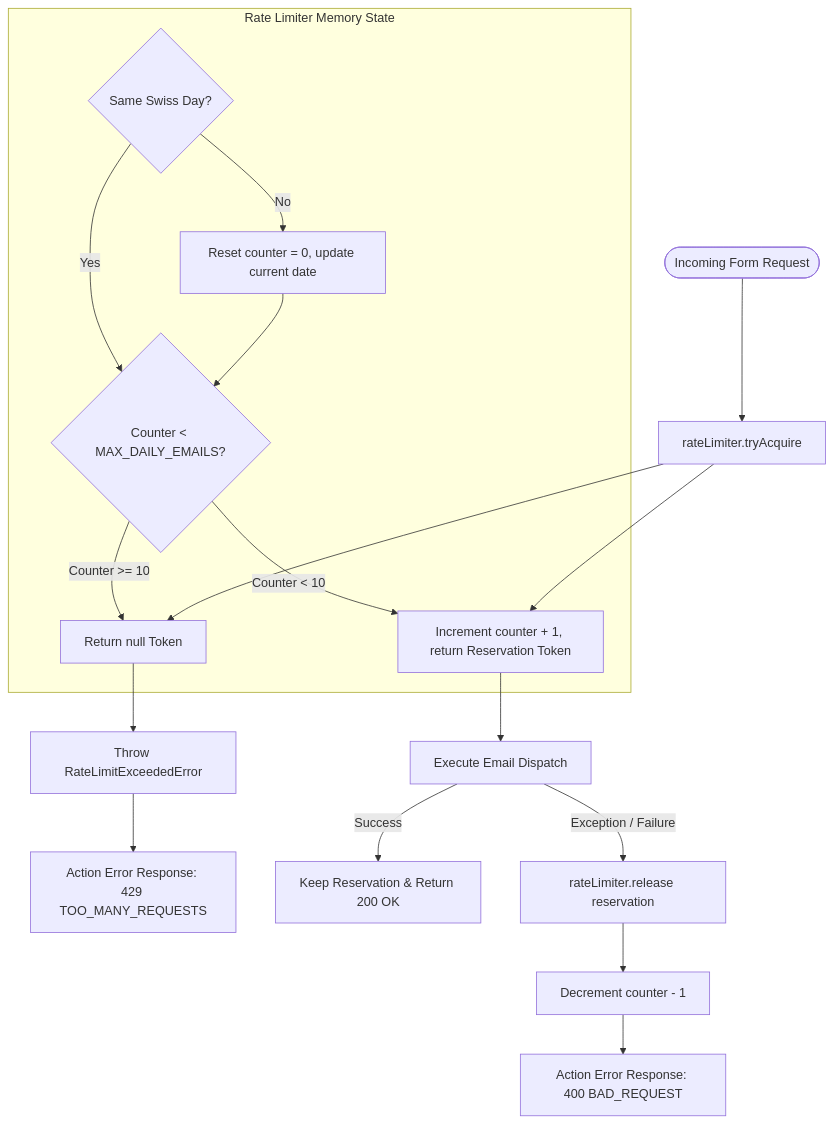
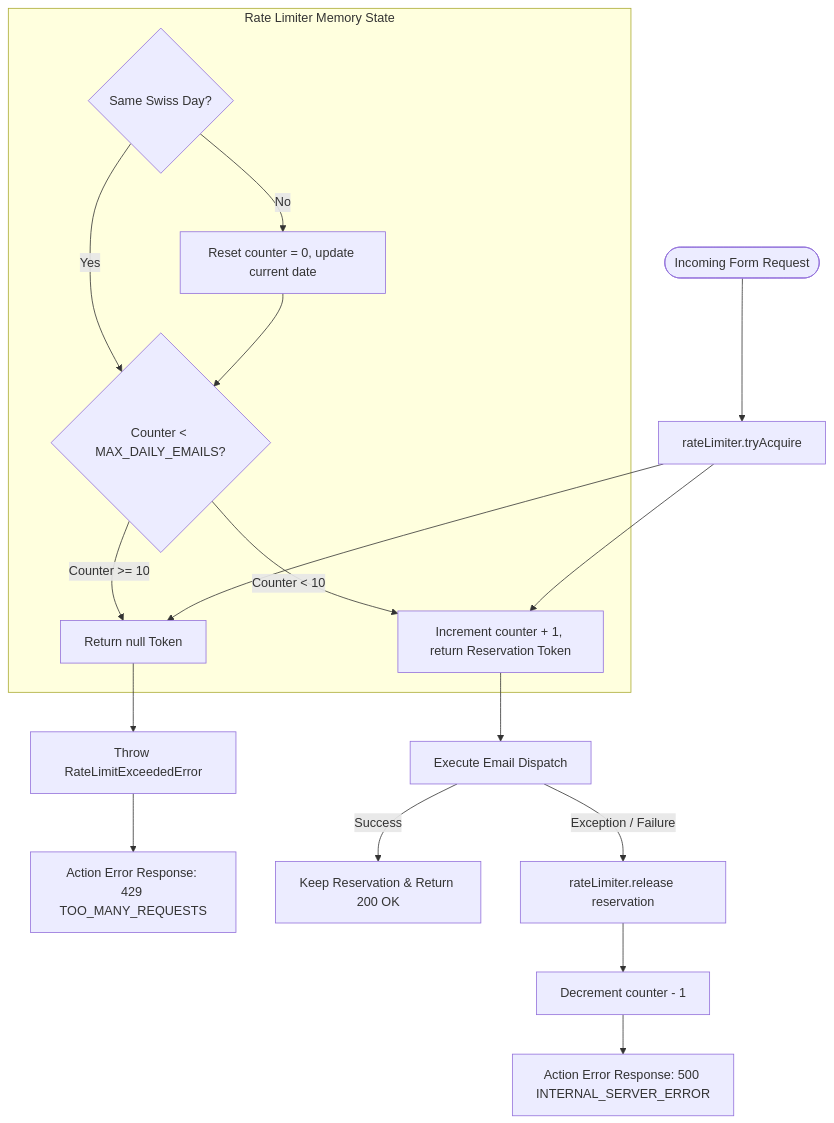
The diagram in docs/rate-limiting.md (LucaKnobel/web-portfolio), drawn with Mermaid before and after one commit. The commit also changed 8 other files, not shown here.

````diff
--- a/docs/rate-limiting.md
+++ b/docs/rate-limiting.md
@@ -27,27 +27,27 @@
 ```mermaid
 flowchart TD
     Start([Incoming Form Request]) --> Acquire[rateLimiter.tryAcquire]
 
     subgraph Rate Limiter Memory State
         CheckDay{Same Swiss Day?}
         CheckDay -- No --> ResetState[Reset counter = 0, update current date]
         CheckDay -- Yes --> CheckCount{Counter < MAX_DAILY_EMAILS?}
         ResetState --> CheckCount
 
         CheckCount -- Counter >= 10 --> RejectSlot[Return null Token]
         CheckCount -- Counter < 10 --> GrantSlot[Increment counter + 1, return Reservation Token]
     end
 
     Acquire --> GrantSlot
     Acquire --> RejectSlot
 
     RejectSlot --> ThrowRateError[Throw RateLimitExceededError]
     ThrowRateError --> Return429[Action Error Response: 429 TOO_MANY_REQUESTS]
 
     GrantSlot --> DispatchEmail[Execute Email Dispatch]
 
     DispatchEmail -- Success --> Complete[Keep Reservation & Return 200 OK]
     DispatchEmail -- Exception / Failure --> Release[rateLimiter.release reservation]
     Release --> RefundCounter[Decrement counter - 1]
-    RefundCounter --> ReturnError[Action Error Response: 400 BAD_REQUEST]
+    RefundCounter --> ReturnError[Action Error Response: 500 INTERNAL_SERVER_ERROR]
 ```
````
